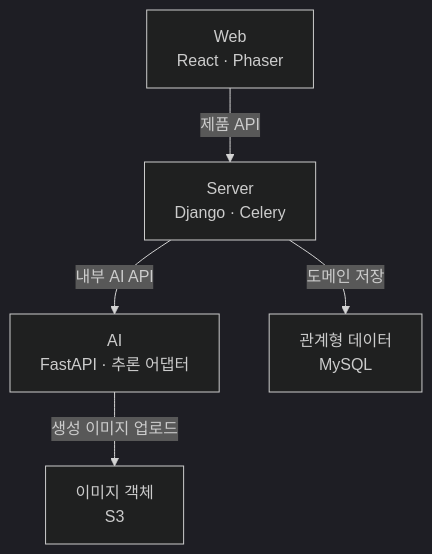
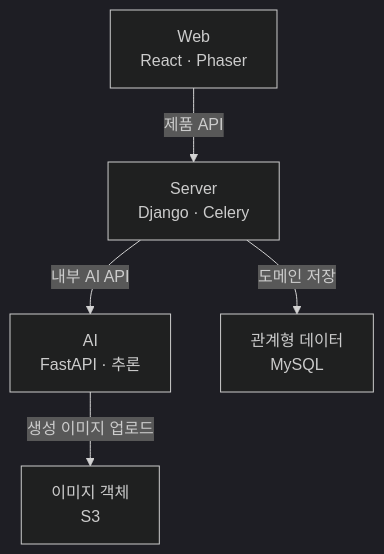
One commit to bigmooon/mongle-ai changed the diagram in docs/CROSS_REPOSITORY_REVIEW.md. Above: the diagram before and after it, drawn with Mermaid (dark theme). The commit also changed other lines of this file and 2 other files, not shown here.

````diff
--- a/docs/CROSS_REPOSITORY_REVIEW.md
+++ b/docs/CROSS_REPOSITORY_REVIEW.md
@@ -63,13 +63,13 @@
 ```mermaid
 flowchart TB
     WEB["Web<br/>React · Phaser"]
     SERVER["Server<br/>Django · Celery"]
-    AI["AI<br/>FastAPI · 추론 어댑터"]
+    AI["AI<br/>FastAPI · 추론"]
     DB["관계형 데이터<br/>MySQL"]
     MEDIA["이미지 객체<br/>S3"]
 
     WEB -->|제품 API| SERVER
     SERVER -->|내부 AI API| AI
     SERVER -->|도메인 저장| DB
     AI -->|생성 이미지 업로드| MEDIA
 ```
````
